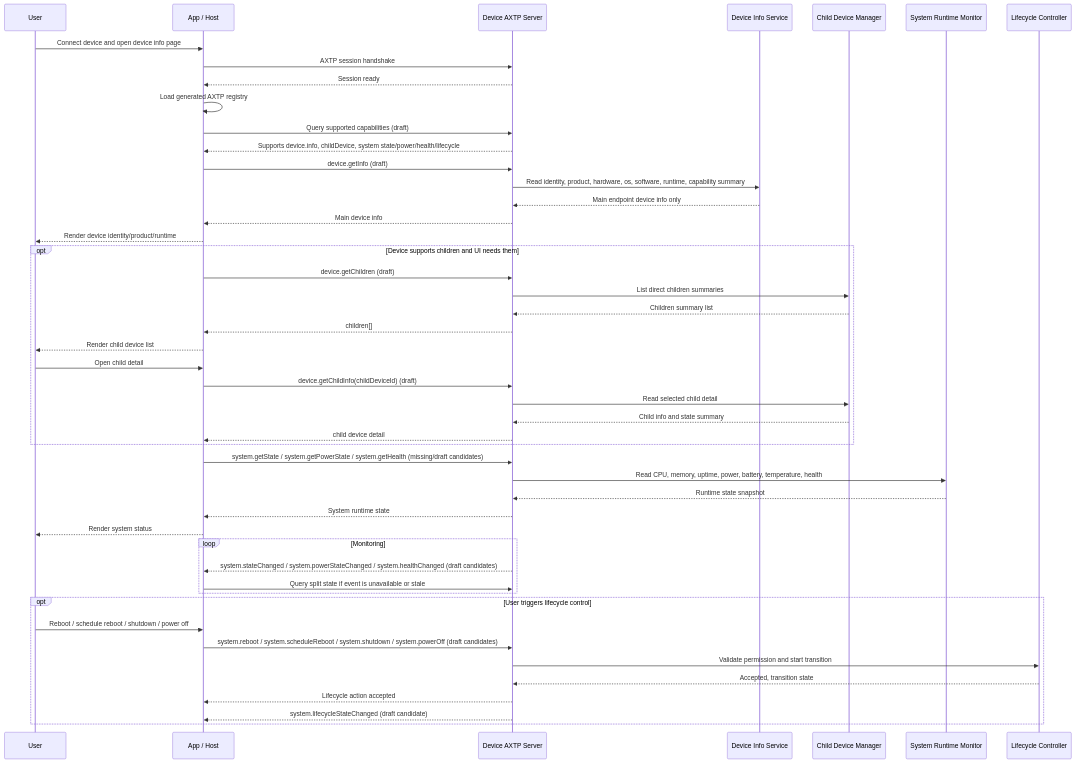
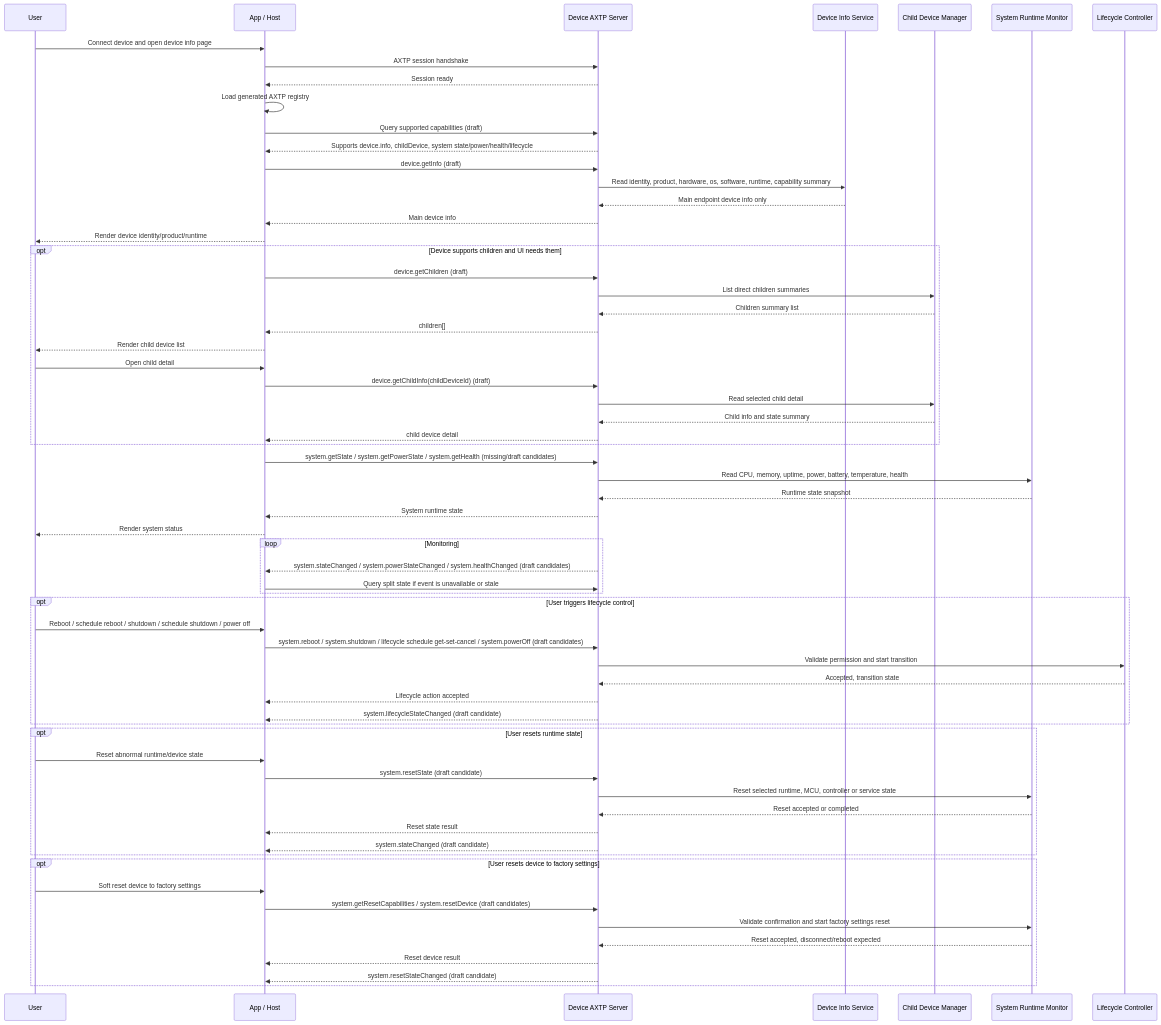
One commit to Liar0320/axtp changed the diagram in docs/flows/device-system-info.md. Above: the diagram before and after it, drawn with Mermaid. The commit also changed other lines of this file and 7 other files, not shown here.

Commit message:
docs: refine device reset and lifecycle schedules

````diff
--- a/docs/flows/device-system-info.md
+++ b/docs/flows/device-system-info.md
@@ -89,57 +98,75 @@
 ```mermaid
 sequenceDiagram
     participant User
     participant App as App / Host
     participant Device as Device AXTP Server
     participant Info as Device Info Service
     participant Child as Child Device Manager
     participant System as System Runtime Monitor
     participant Life as Lifecycle Controller
 
     User->>App: Connect device and open device info page
     App->>Device: AXTP session handshake
     Device-->>App: Session ready
     App->>App: Load generated AXTP registry
     App->>Device: Query supported capabilities (draft)
     Device-->>App: Supports device.info, childDevice, system state/power/health/lifecycle
 
     App->>Device: device.getInfo (draft)
     Device->>Info: Read identity, product, hardware, os, software, runtime, capability summary
     Info-->>Device: Main endpoint device info only
     Device-->>App: Main device info
     App-->>User: Render device identity/product/runtime
 
     opt Device supports children and UI needs them
         App->>Device: device.getChildren (draft)
         Device->>Child: List direct children summaries
         Child-->>Device: Children summary list
         Device-->>App: children[]
         App-->>User: Render child device list
 
         User->>App: Open child detail
         App->>Device: device.getChildInfo(childDeviceId) (draft)
         Device->>Child: Read selected child detail
         Child-->>Device: Child info and state summary
         Device-->>App: child device detail
     end
 
     App->>Device: system.getState / system.getPowerState / system.getHealth (missing/draft candidates)
     Device->>System: Read CPU, memory, uptime, power, battery, temperature, health
     System-->>Device: Runtime state snapshot
     Device-->>App: System runtime state
     App-->>User: Render system status
 
     loop Monitoring
         Device-->>App: system.stateChanged / system.powerStateChanged / system.healthChanged (draft candidates)
         App->>Device: Query split state if event is unavailable or stale
     end
 
     opt User triggers lifecycle control
-        User->>App: Reboot / schedule reboot / shutdown / power off
-        App->>Device: system.reboot / system.scheduleReboot / system.shutdown / system.powerOff (draft candidates)
+        User->>App: Reboot / schedule reboot / shutdown / schedule shutdown / power off
+        App->>Device: system.reboot / system.shutdown / lifecycle schedule get-set-cancel / system.powerOff (draft candidates)
         Device->>Life: Validate permission and start transition
         Life-->>Device: Accepted, transition state
         Device-->>App: Lifecycle action accepted
         Device-->>App: system.lifecycleStateChanged (draft candidate)
     end
+
+    opt User resets runtime state
+        User->>App: Reset abnormal runtime/device state
+        App->>Device: system.resetState (draft candidate)
+        Device->>System: Reset selected runtime, MCU, controller or service state
+        System-->>Device: Reset accepted or completed
+        Device-->>App: Reset state result
+        Device-->>App: system.stateChanged (draft candidate)
+    end
+
+    opt User resets device to factory settings
+        User->>App: Soft reset device to factory settings
+        App->>Device: system.getResetCapabilities / system.resetDevice (draft candidates)
+        Device->>System: Validate confirmation and start factory settings reset
+        System-->>Device: Reset accepted, disconnect/reboot expected
+        Device-->>App: Reset device result
+        Device-->>App: system.resetStateChanged (draft candidate)
+    end
 ```
````
